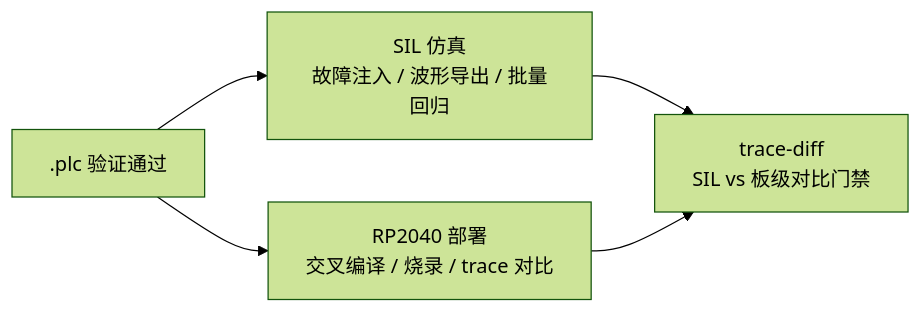
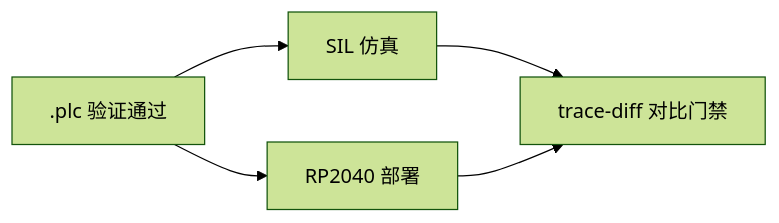
Before and after one commit to xxrust/RustPLC: the second of 2 diagrams in README.md, drawn with Mermaid (forest theme). The commit also changed other lines of this file and 1 other file, not shown here.

Commit message:
fix(docs): shorten mermaid node labels to prevent GitHub truncation

````diff
--- a/README.md
+++ b/README.md
@@ -108,7 +108,7 @@
 ```mermaid
 flowchart LR
-    A[".plc 验证通过"] --> B["SIL 仿真<br>故障注入 / 波形导出 / 批量回归"]
-    A --> C["RP2040 部署<br>交叉编译 / 烧录 / trace 对比"]
-    B --> D["trace-diff<br>SIL vs 板级对比门禁"]
+    A[".plc 验证通过"] --> B["SIL 仿真"]
+    A --> C["RP2040 部署"]
+    B --> D["trace-diff 对比门禁"]
     C --> D
 ```
````
